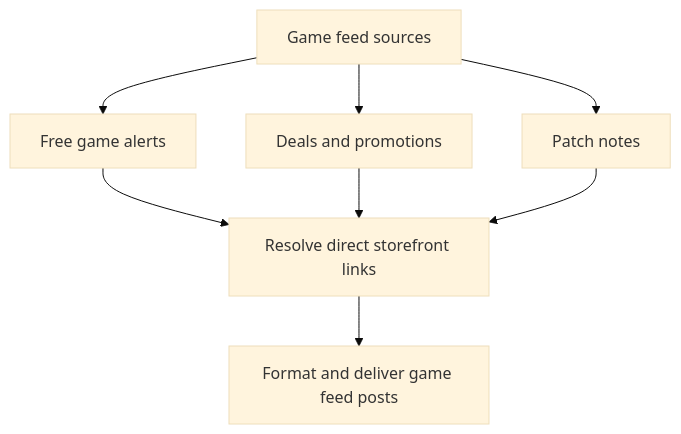
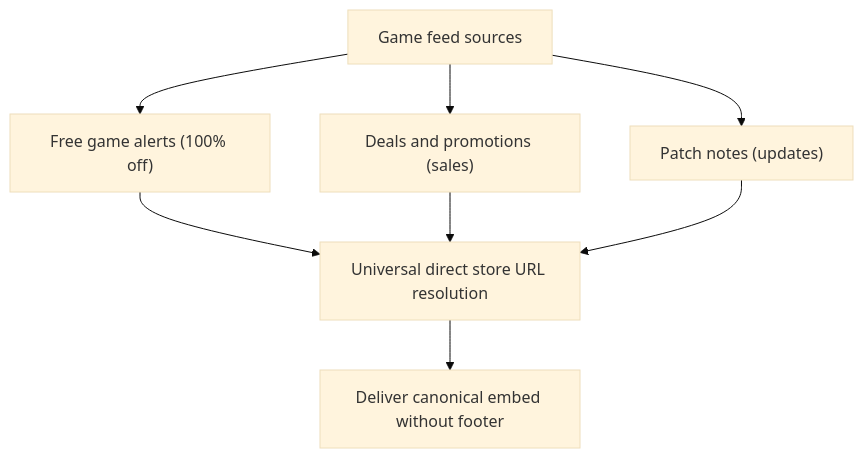
The second of 2 diagrams in PLAN.md (HELIX-Origin/HELIX-Discord-Bot), drawn with Mermaid (base theme) before and after one commit. The commit also changed other lines of this file and 7 other files, not shown here.

Commit message:
docs: align root tracking files and templates with active-first layout and full repo roadmap

````diff
--- a/PLAN.md
+++ b/PLAN.md
@@ -56,10 +72,10 @@
 ```mermaid
 flowchart TD
-    A["Game feed sources"] --> B["Free game alerts"]
-    A --> C["Deals and promotions"]
-    A --> D["Patch notes"]
-    B --> E["Resolve direct storefront links"]
+    A["Game feed sources"] --> B["Free game alerts (100% off)"]
+    A --> C["Deals and promotions (sales)"]
+    A --> D["Patch notes (updates)"]
+    B --> E["Universal direct store URL resolution"]
     C --> E
     D --> E
-    E --> F["Format and deliver game feed posts"]
+    E --> F["Deliver canonical embed without footer"]
 ```
````
